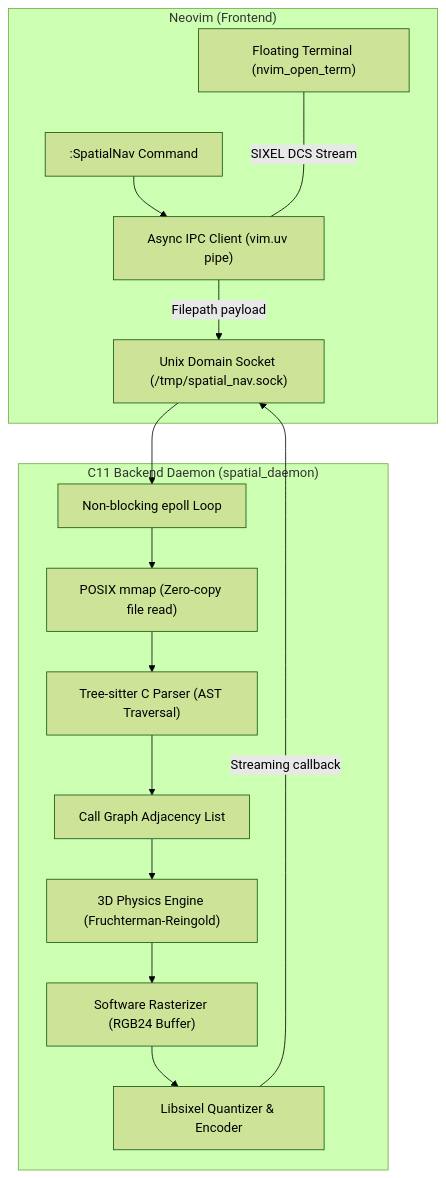
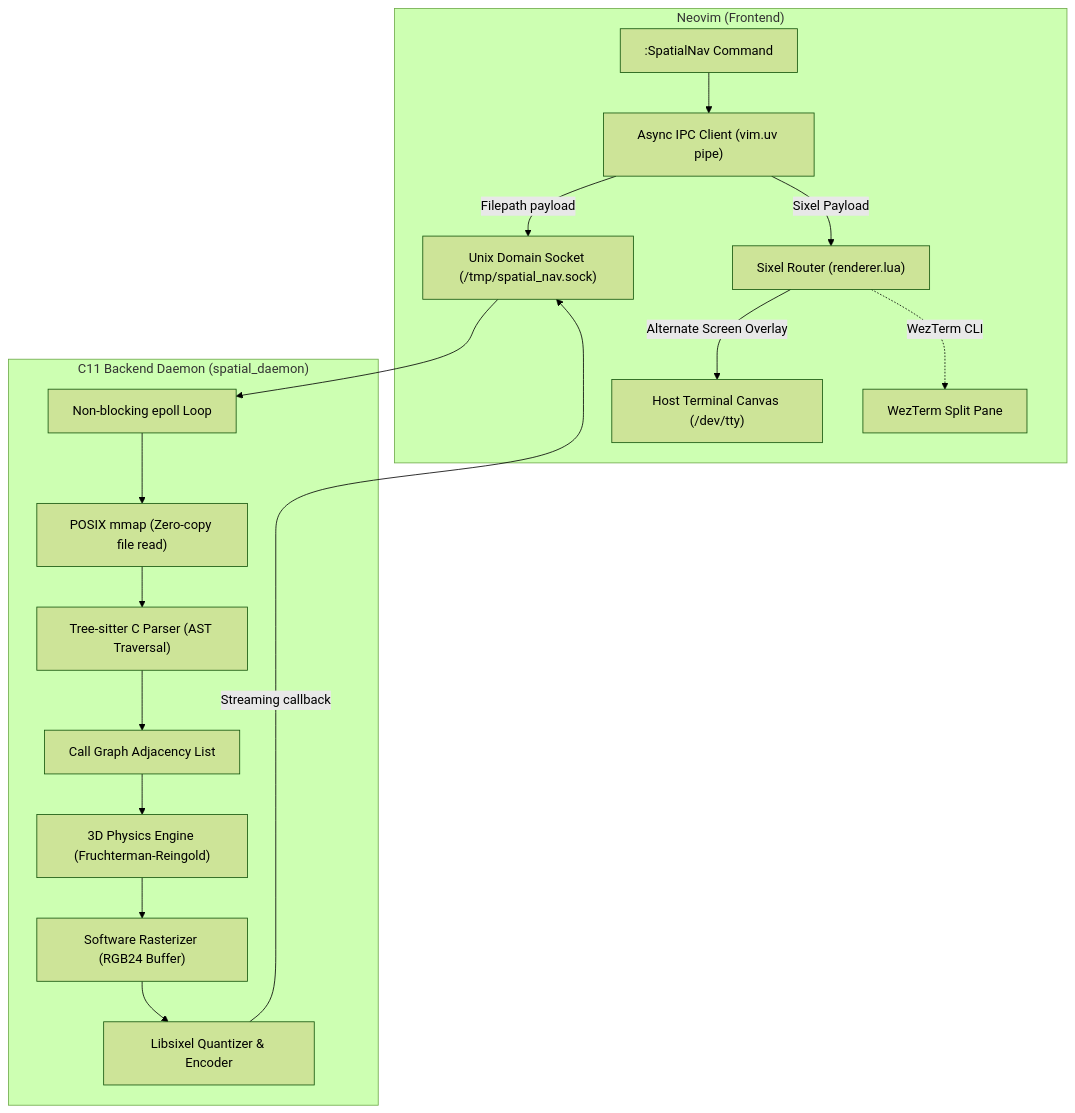
The diagram in README.md (IvanGiovany/spatial-navigator), drawn with Mermaid (forest theme) before and after one commit. The commit also changed other lines of this file and 4 other files, not shown here.

First line of the commit message:
fix(nvim): bypass libvterm and route Sixel directly to host terminal

````diff
--- a/README.md
+++ b/README.md
@@ -9,19 +9,21 @@
 ```mermaid
 flowchart TD
     subgraph Neovim ["Neovim (Frontend)"]
         CMD[":SpatialNav Command"] --> IPC_CLIENT["Async IPC Client (vim.uv pipe)"]
         IPC_CLIENT -->|Filepath payload| SOCK["Unix Domain Socket (/tmp/spatial_nav.sock)"]
-        TERM_WIN["Floating Terminal (nvim_open_term)"] <---|SIXEL DCS Stream| IPC_CLIENT
+        IPC_CLIENT -->|Sixel Payload| ROUTER["Sixel Router (renderer.lua)"]
+        ROUTER -->|Alternate Screen Overlay| HOST_TERM["Host Terminal Canvas (/dev/tty)"]
+        ROUTER -.->|WezTerm CLI| WEZ_PANE["WezTerm Split Pane"]
     end
 
     subgraph Daemon ["C11 Backend Daemon (spatial_daemon)"]
         SOCK --> EPOLL["Non-blocking epoll Loop"]
         EPOLL --> MMAP["POSIX mmap (Zero-copy file read)"]
         MMAP --> TS["Tree-sitter C Parser (AST Traversal)"]
         TS --> GRAPH["Call Graph Adjacency List"]
         GRAPH --> PHYS["3D Physics Engine (Fruchterman-Reingold)"]
         PHYS --> RAST["Software Rasterizer (RGB24 Buffer)"]
         RAST --> SIXEL["Libsixel Quantizer & Encoder"]
         SIXEL -->|Streaming callback| SOCK
     end
 ```
````
